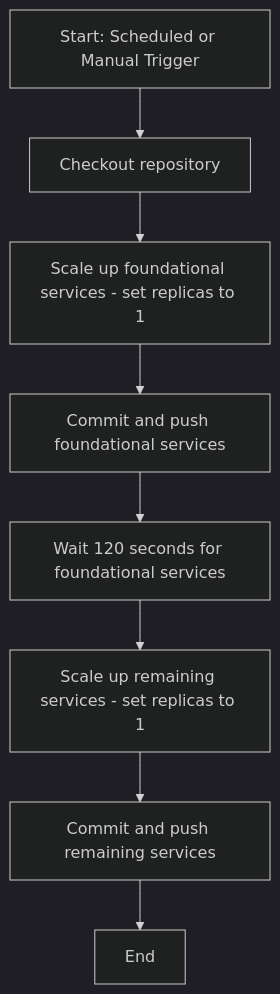
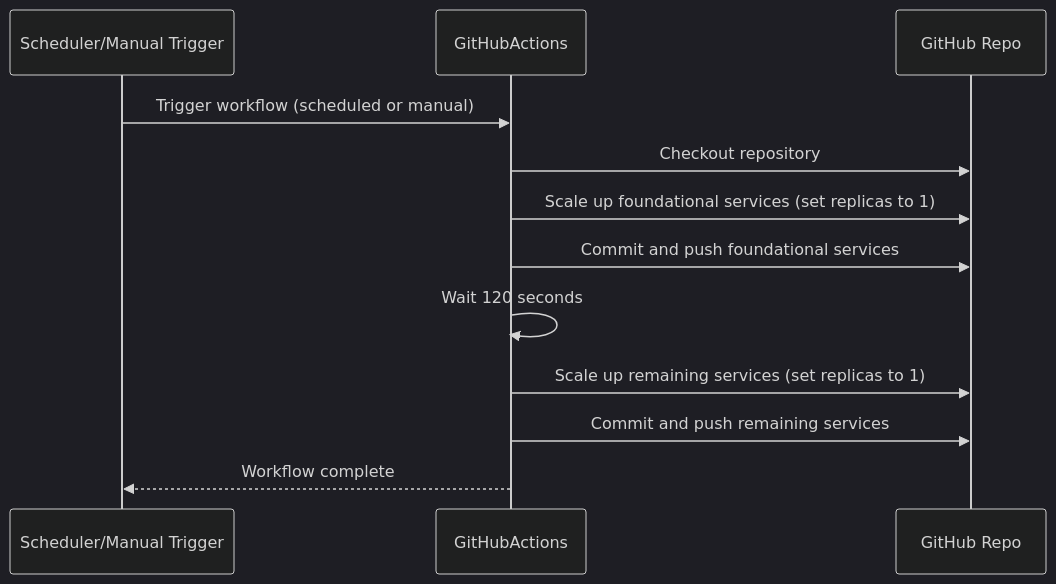
Before and after one commit to FelipeBarretoB/ecommerce-kubernetes-manifest: the second of 3 diagrams in README.md, drawn with Mermaid (dark theme). The commit also changed other lines of this file, not shown here.

Commit message:
changed to sequence diagramas

````diff
--- a/README.md
+++ b/README.md
@@ -199,10 +204,15 @@
 ```mermaid
-flowchart TD
-    A[Start: Scheduled or Manual Trigger] --> B[Checkout repository]
-    B --> C[Scale up foundational services - set replicas to 1]
-    C --> D[Commit and push foundational services]
-    D --> E[Wait 120 seconds for foundational services]
-    E --> F[Scale up remaining services - set replicas to 1]
-    F --> G[Commit and push remaining services]
-    G --> H[End]
+sequenceDiagram
+    participant Scheduler as Scheduler/Manual Trigger
+    participant GitHubActions
+    participant Repo as GitHub Repo
+
+    Scheduler->>GitHubActions: Trigger workflow (scheduled or manual)
+    GitHubActions->>Repo: Checkout repository
+    GitHubActions->>Repo: Scale up foundational services (set replicas to 1)
+    GitHubActions->>Repo: Commit and push foundational services
+    GitHubActions->>GitHubActions: Wait 120 seconds
+    GitHubActions->>Repo: Scale up remaining services (set replicas to 1)
+    GitHubActions->>Repo: Commit and push remaining services
+    GitHubActions-->>Scheduler: Workflow complete
 ```
````
